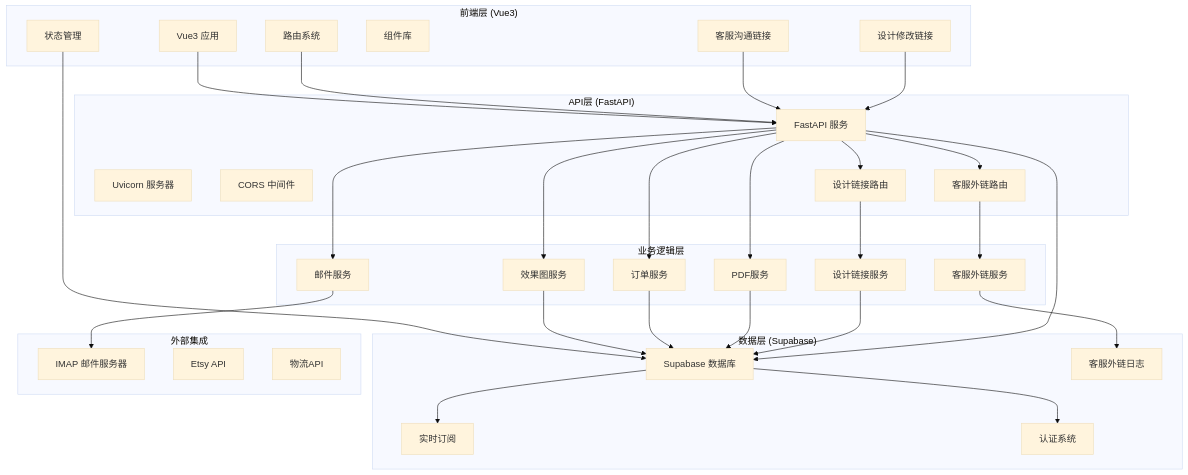
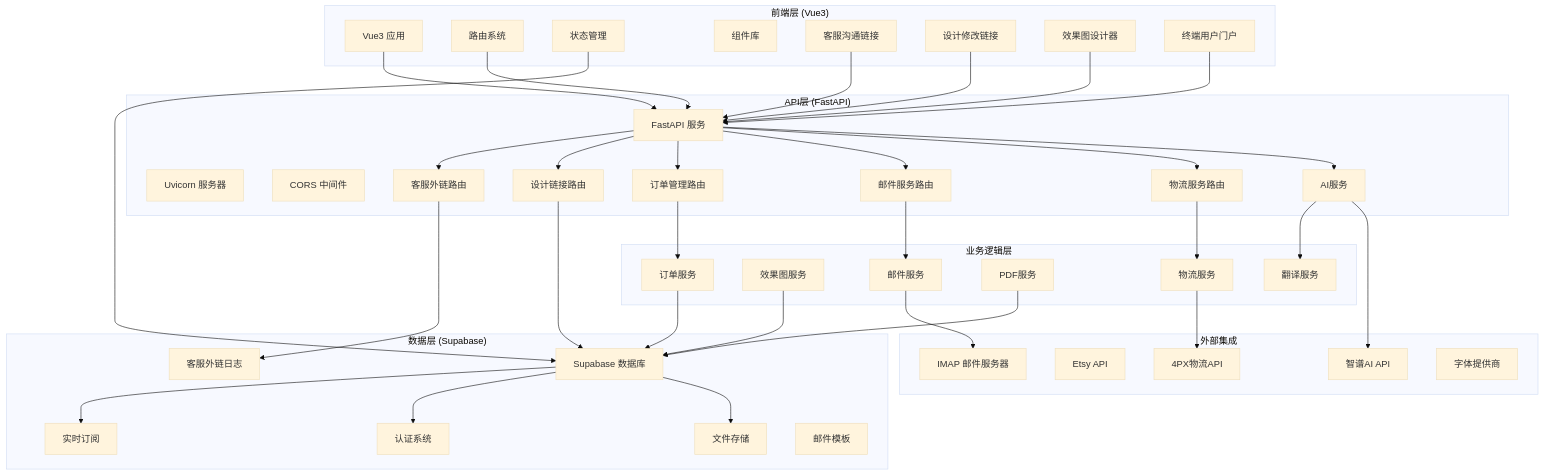
Before and after one commit to SY6621/POD-Order-Management: the first of 19 diagrams in .qoder/repowiki/zh/content/项目概述.md, drawn with Mermaid (base theme). The commit also changed other lines of this file and 8 other files, not shown here.

````diff
--- a/.qoder/repowiki/zh/content/项目概述.md
+++ b/.qoder/repowiki/zh/content/项目概述.md
@@ -71,59 +85,76 @@
 ```mermaid
 graph TB
 subgraph "前端层 (Vue3)"
 VueApp[Vue3 应用]
 Router[路由系统]
 Store[状态管理]
 Components[组件库]
 ServiceLink[客服沟通链接]
 DesignLink[设计修改链接]
+EffectDesigner[效果图设计器]
+EndUserPortal[终端用户门户]
 end
 subgraph "API层 (FastAPI)"
 FastAPI[FastAPI 服务]
 APIServer[Uvicorn 服务器]
 CORS[CORS 中间件]
 ServiceRoutes[客服外链路由]
 DesignRoutes[设计链接路由]
-end
-subgraph "数据层 (Supabase)"
-SupabaseDB[Supabase 数据库]
-Realtime[实时订阅]
-Auth[认证系统]
-ServiceLogs[客服外链日志]
+OrderRoutes[订单管理路由]
+EmailRoutes[邮件服务路由]
+ShippingRoutes[物流服务路由]
+AIService[AI智能服务路由]
 end
 subgraph "业务逻辑层"
 EmailService[邮件服务]
 EffectService[效果图服务]
 OrderService[订单服务]
 PDFService[PDF服务]
-ServiceLinkService[客服外链服务]
-DesignLinkService[设计链接服务]
+ShippingService[物流服务]
+AIService[AI服务]
+TranslationService[翻译服务]
+end
+subgraph "数据层 (Supabase)"
+SupabaseDB[Supabase 数据库]
+Realtime[实时订阅]
+Auth[认证系统]
+Storage[文件存储]
+ServiceLogs[客服外链日志]
+EmailTemplates[邮件模板]
 end
 subgraph "外部集成"
 IMAP[IMAP 邮件服务器]
 EtsyAPI[Etsy API]
-ShippingAPI[物流API]
+ShippingAPI[4PX物流API]
+ZhipuAI[智谱AI API]
+FontProvider[字体提供商]
 end
 VueApp --> FastAPI
 Router --> FastAPI
 Store --> SupabaseDB
 ServiceLink --> FastAPI
 DesignLink --> FastAPI
+EffectDesigner --> FastAPI
+EndUserPortal --> FastAPI
 FastAPI --> ServiceRoutes
 FastAPI --> DesignRoutes
-FastAPI --> EmailService
-FastAPI --> EffectService
-FastAPI --> OrderService
-FastAPI --> PDFService
-ServiceRoutes --> ServiceLinkService
-DesignRoutes --> DesignLinkService
+FastAPI --> OrderRoutes
+FastAPI --> EmailRoutes
+FastAPI --> ShippingRoutes
+FastAPI --> AIService
+ServiceRoutes --> ServiceLogs
+DesignRoutes --> SupabaseDB
+OrderRoutes --> OrderService
+EmailRoutes --> EmailService
+ShippingRoutes --> ShippingService
+AIService --> TranslationService
 EmailService --> IMAP
 EffectService --> SupabaseDB
 OrderService --> SupabaseDB
 PDFService --> SupabaseDB
-ServiceLinkService --> ServiceLogs
-DesignLinkService --> SupabaseDB
-FastAPI --> SupabaseDB
+ShippingService --> ShippingAPI
+AIService --> ZhipuAI
 SupabaseDB --> Realtime
 SupabaseDB --> Auth
+SupabaseDB --> Storage
 ```
````
